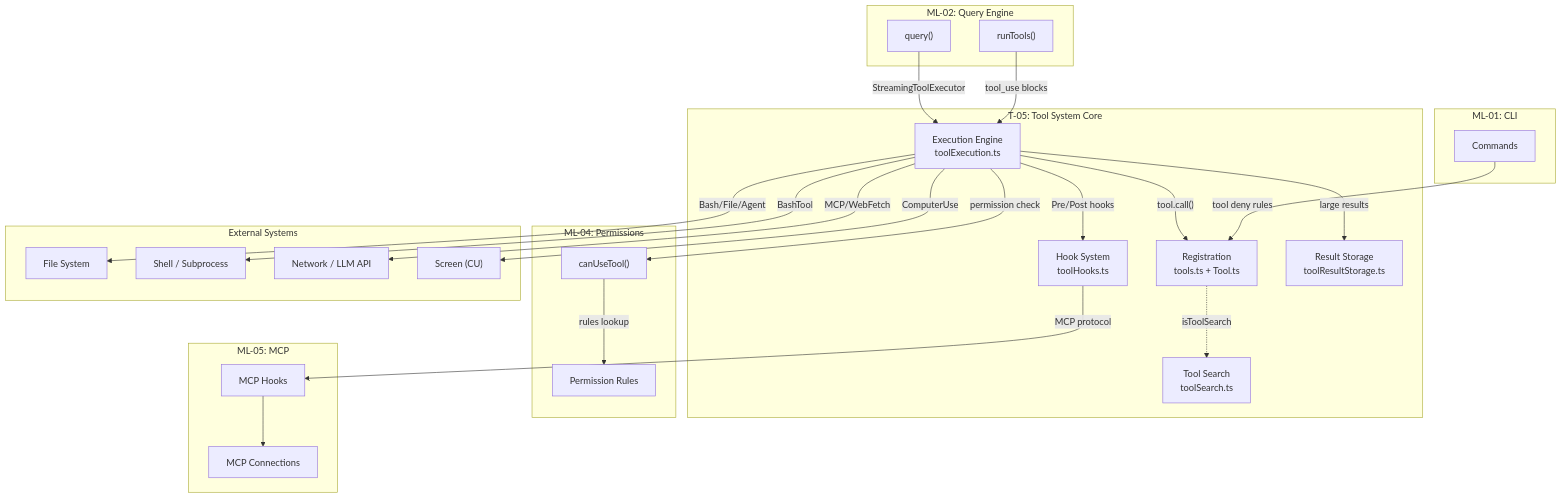
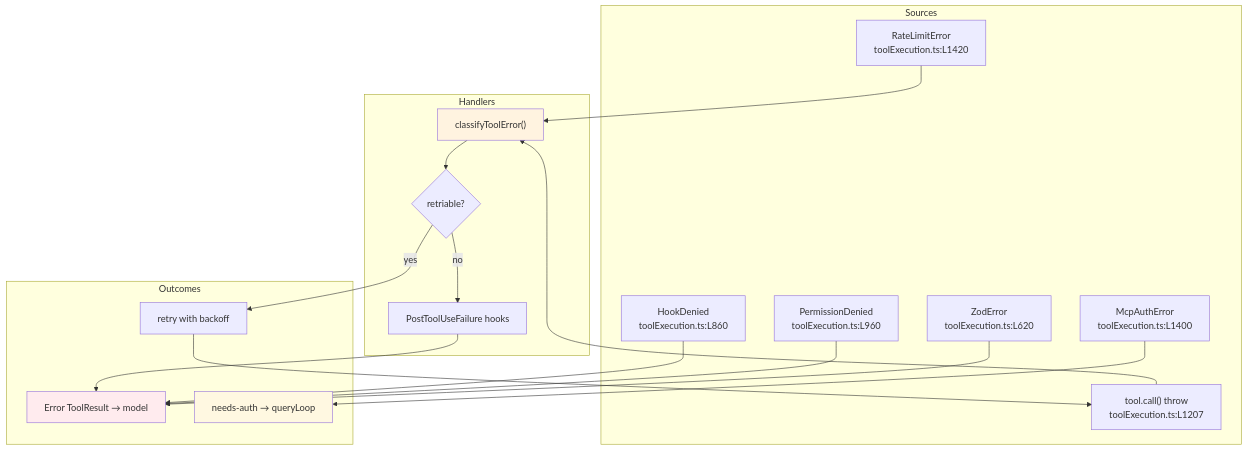
Before and after one commit to LiuYuuChen/clawcode_analysis: the seventh of 8 diagrams in branches/main/task-analyses/T-05-tool-system-core.md, drawn with Mermaid. The commit also changed other lines of this file and 137 other files, not shown here.

````diff
--- a/branches/main/task-analyses/T-05-tool-system-core.md
+++ b/branches/main/task-analyses/T-05-tool-system-core.md
@@ -1069,55 +885,39 @@
 ```mermaid
 flowchart TD
-    subgraph T05["T-05: Tool System Core"]
-        REG["Registration<br/>tools.ts + Tool.ts"]
-        EXEC["Execution Engine<br/>toolExecution.ts"]
-        HOOKS["Hook System<br/>toolHooks.ts"]
-        SEARCH["Tool Search<br/>toolSearch.ts"]
-        STORAGE["Result Storage<br/>toolResultStorage.ts"]
+    subgraph Sources
+        Zod["ZodError<br/>toolExecution.ts:L620"]
+        Auth["McpAuthError<br/>toolExecution.ts:L1400"]
+        Rate["RateLimitError<br/>toolExecution.ts:L1420"]
+        Generic["tool.call() throw<br/>toolExecution.ts:L1207"]
+        Perm["PermissionDenied<br/>toolExecution.ts:L960"]
+        Hook["HookDenied<br/>toolExecution.ts:L860"]
     end
 
-    subgraph ML02["ML-02: Query Engine"]
-        RUNTOOLS["runTools()"]
-        QUERY["query()"]
+    subgraph Handlers
+        Classify["classifyToolError()"]
+        PostFail["PostToolUseFailure hooks"]
+        Retry{"retriable?"}
     end
 
-    subgraph ML04["ML-04: Permissions"]
-        CANUSE["canUseTool()"]
-        RULES["Permission Rules"]
+    subgraph Outcomes
+        ErrorResult["Error ToolResult → model"]
+        NeedsAuth["needs-auth → queryLoop"]
+        RetryLoop["retry with backoff"]
     end
 
-    subgraph ML05["ML-05: MCP"]
-        MCPC["MCP Connections"]
-        MCPHOOKS["MCP Hooks"]
-    end
+    Zod --> ErrorResult
+    Perm --> ErrorResult
+    Hook --> ErrorResult
+    Auth --> NeedsAuth
+    
+    Generic --> Classify
+    Rate --> Classify
+    Classify --> Retry
+    Retry -->|yes| RetryLoop
+    Retry -->|no| PostFail --> ErrorResult
+    RetryLoop --> Generic
 
-    subgraph ML01["ML-01: CLI"]
-        CMD["Commands"]
-    end
-
-    subgraph EXTERNAL["External Systems"]
-        FS["File System"]
-        SHELL["Shell / Subprocess"]
-        NET["Network / LLM API"]
-        SCREEN["Screen (CU)"]
-    end
-
-    RUNTOOLS -->|"tool_use blocks"| EXEC
-    QUERY -->|"StreamingToolExecutor"| EXEC
-    CMD -->|"tool deny rules"| REG
-
-    EXEC -->|"permission check"| CANUSE
-    CANUSE -->|"rules lookup"| RULES
-    EXEC -->|"Pre/Post hooks"| HOOKS
-    HOOKS -->|"MCP protocol"| MCPHOOKS
-    MCPHOOKS --> MCPC
-    EXEC -->|"tool.call()"| REG
-    EXEC -->|"large results"| STORAGE
-
-    REG -.->|"isToolSearch"| SEARCH
-
-    EXEC -->|"Bash/File/Agent"| FS
-    EXEC -->|"BashTool"| SHELL
-    EXEC -->|"MCP/WebFetch"| NET
-    EXEC -->|"ComputerUse"| SCREEN
+    style Classify fill:#fff3e0
+    style ErrorResult fill:#ffebee
+    style NeedsAuth fill:#fff8e1
 ```
````
